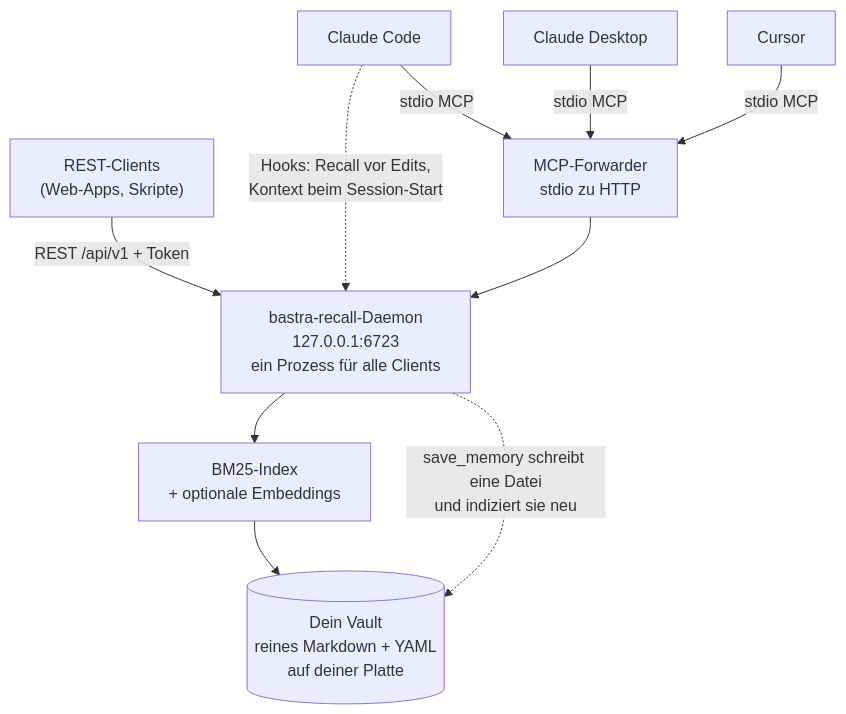
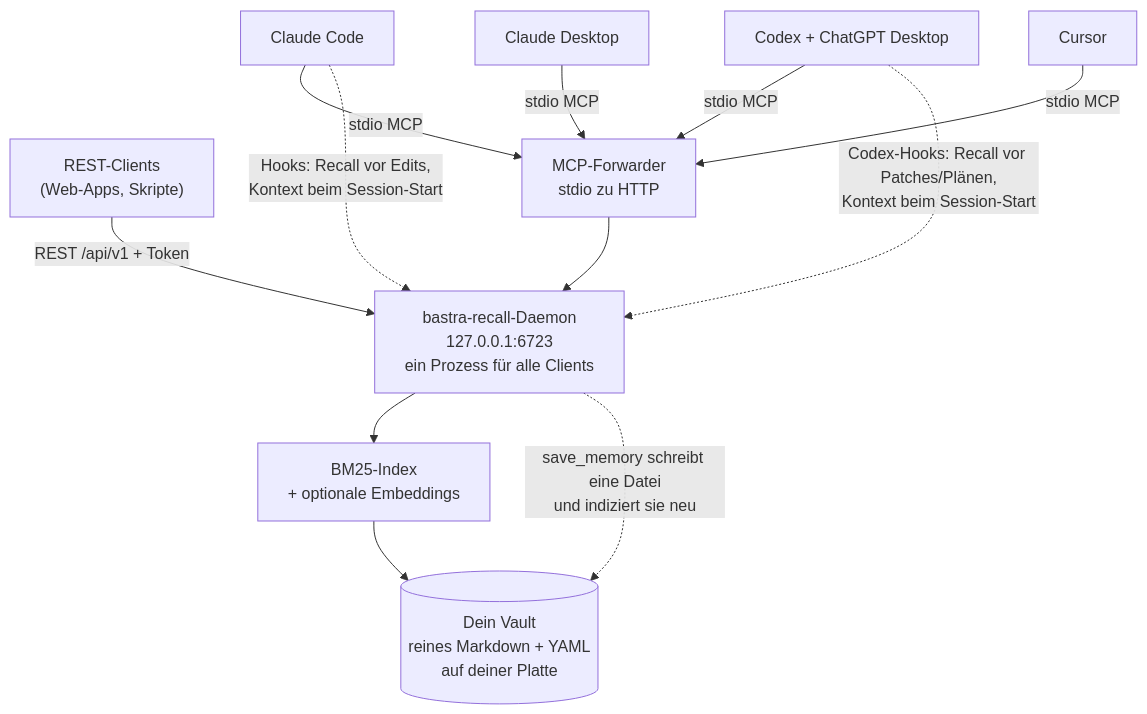
Before and after one commit to danielautoland/nexus-recall: the second of 2 diagrams in README.md, drawn with Mermaid. The commit also changed other lines of this file and 54 other files, not shown here.

Commit message:
feat(cli): Codex- und ChatGPT-Desktop-Adapter ausliefern (#15)

````diff
--- a/README.md
+++ b/README.md
@@ -254,19 +258,22 @@
 ```mermaid
 flowchart TB
     CC["Claude Code"]
     CD["Claude Desktop"]
     CU["Cursor"]
+    OX["Codex + ChatGPT Desktop"]
     WEB["REST-Clients<br/>(Web-Apps, Skripte)"]
 
     CC -->|stdio MCP| FWD["MCP-Forwarder<br/>stdio zu HTTP"]
     CD -->|stdio MCP| FWD
     CU -->|stdio MCP| FWD
+    OX -->|stdio MCP| FWD
     WEB -->|"REST /api/v1 + Token"| D
     CC -.->|"Hooks: Recall vor Edits,<br/>Kontext beim Session-Start"| D
+    OX -.->|"Codex-Hooks: Recall vor Patches/Plänen,<br/>Kontext beim Session-Start"| D
 
     FWD --> D["bastra-recall-Daemon<br/>127.0.0.1:6723<br/>ein Prozess für alle Clients"]
     D --> IDX["BM25-Index<br/>+ optionale Embeddings"]
     IDX --> V[("Dein Vault<br/>reines Markdown + YAML<br/>auf deiner Platte")]
 
     D -.->|"save_memory schreibt eine Datei<br/>und indiziert sie neu"| V
 ```
````
